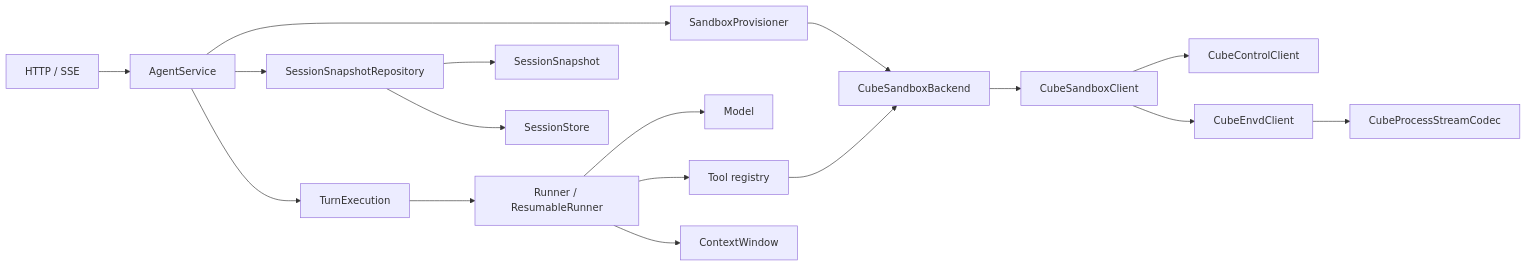
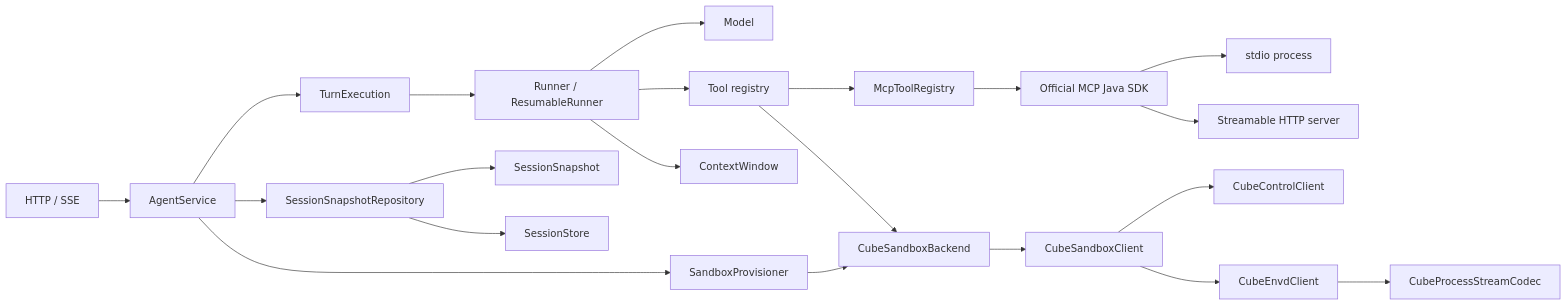
The diagram in docs/architecture.md (yangjj-iso/redy-agents-api), drawn with Mermaid before and after one commit. The commit also changed other lines of this file and 20 other files, not shown here.

Commit message:
Add external MCP tool client integration

````diff
--- a/docs/architecture.md
+++ b/docs/architecture.md
@@ -5,19 +5,23 @@
 ```mermaid
 flowchart LR
     HTTP[HTTP / SSE] --> Service[AgentService]
     Service --> Worker[TurnExecution]
     Worker --> Runner[Runner / ResumableRunner]
     Service --> Snapshots[SessionSnapshotRepository]
     Snapshots --> Snapshot[SessionSnapshot]
     Service --> Provisioner[SandboxProvisioner]
     Runner --> Model[Model]
     Runner --> Tools[Tool registry]
     Runner --> Context[ContextWindow]
+    Tools --> MCP[McpToolRegistry]
+    MCP --> MCPClient[Official MCP Java SDK]
+    MCPClient --> Stdio[stdio process]
+    MCPClient --> Remote[Streamable HTTP server]
     Snapshots --> Store[SessionStore]
     Provisioner --> CubeAdapter[CubeSandboxBackend]
     Tools --> CubeAdapter
     CubeAdapter --> CubeClient[CubeSandboxClient]
     CubeClient --> Control[CubeControlClient]
     CubeClient --> Envd[CubeEnvdClient]
     Envd --> Codec[CubeProcessStreamCodec]
 ```
````
